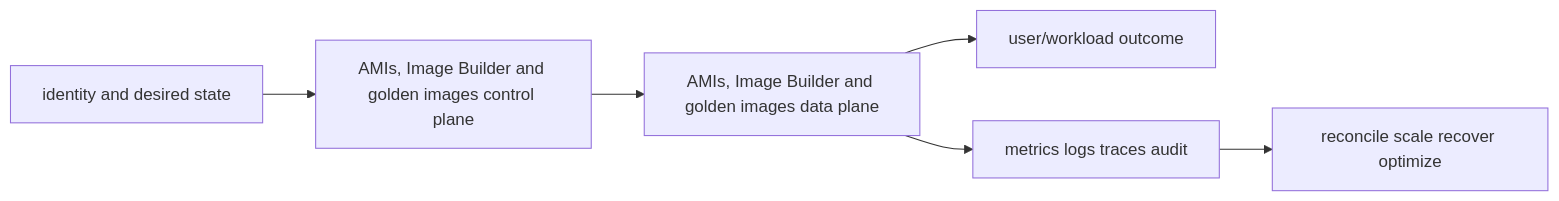
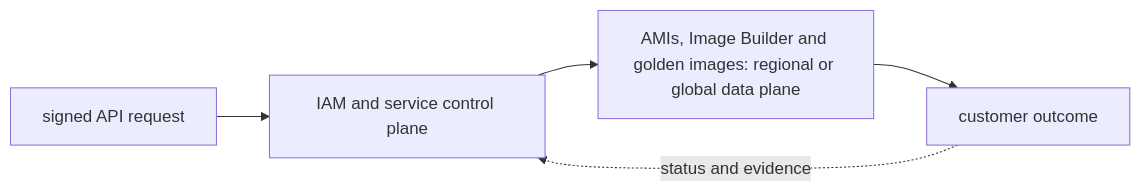
Before and after one commit to tomkidumbuyo/DevOps-interview-preparation: the diagram in 07-aws/03-compute/02-amis-image-builder/README.md, drawn with Mermaid. The commit also changed other lines of this file and 753 other files, not shown here.

````diff
--- a/07-aws/03-compute/02-amis-image-builder/README.md
+++ b/07-aws/03-compute/02-amis-image-builder/README.md
@@ -19,8 +31,7 @@
 ```mermaid
 flowchart LR
-  I[identity and desired state] --> C[AMIs, Image Builder and golden images control plane]
-  C --> D[AMIs, Image Builder and golden images data plane]
-  D --> U[user/workload outcome]
-  D --> O[metrics logs traces audit]
-  O --> R[reconcile scale recover optimize]
+  A["signed API request"] --> B["IAM and service control plane"]
+  B --> C["AMIs, Image Builder and golden images: regional or global data plane"]
+  C --> D["customer outcome"]
+  D -. "status and evidence" .-> B
 ```
````
